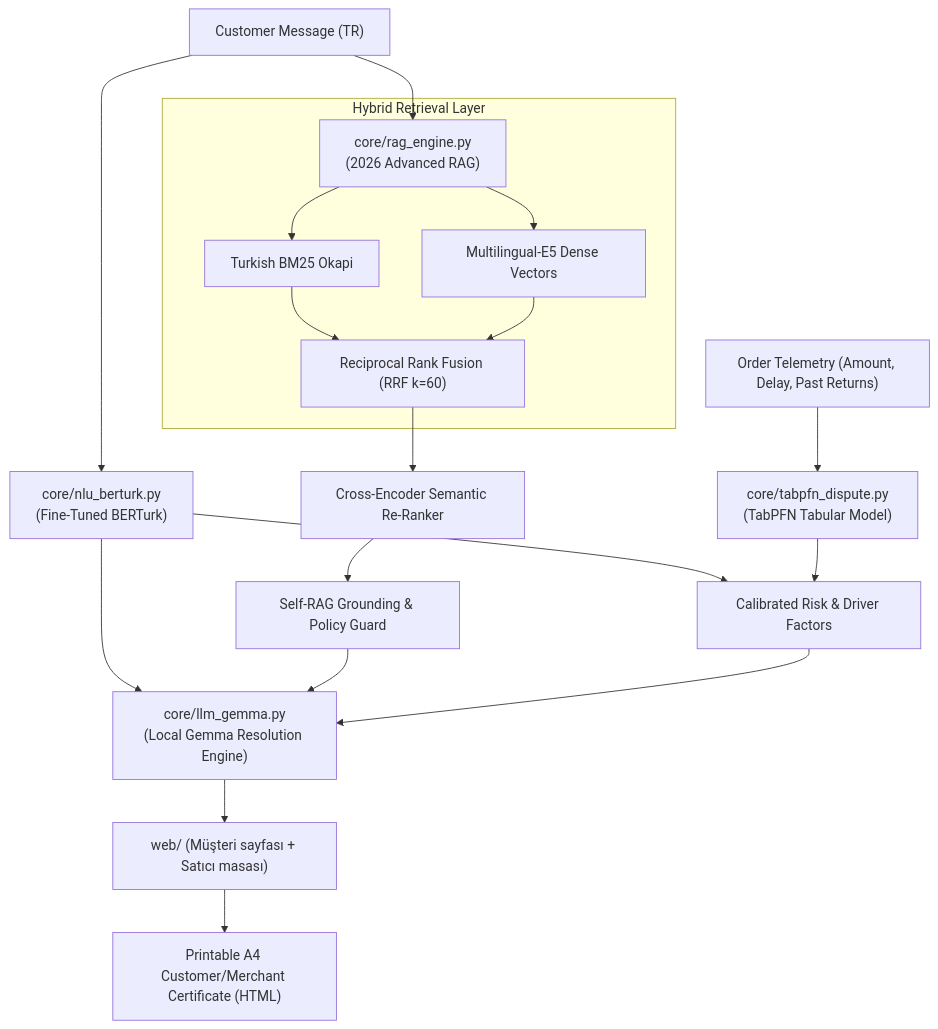
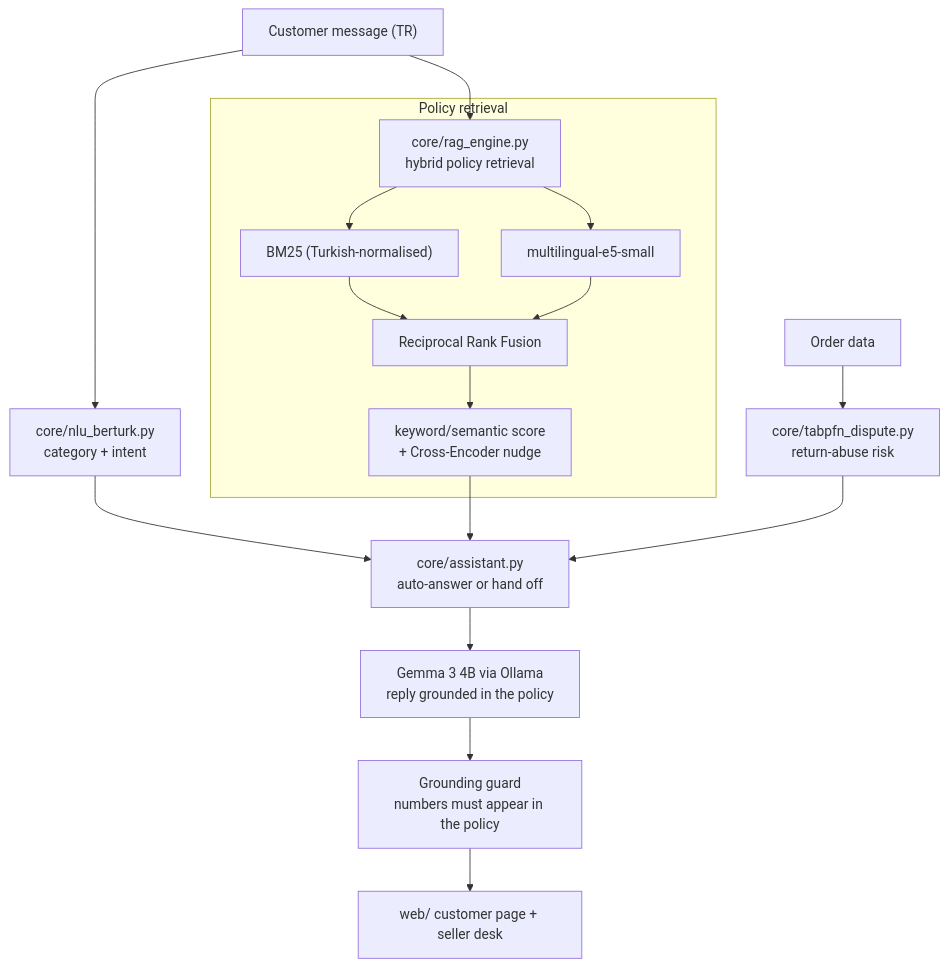
The diagram in README.md (hacktob3v-devs/disk-doctor), drawn with Mermaid before and after one commit. The commit also changed other lines of this file, not shown here.

Commit message:
docs: update README with verified benchmark results (95% acc, 95.2% RAG, ~2s e2e)

````diff
--- a/README.md
+++ b/README.md
@@ -44,21 +49,19 @@
 ```mermaid
 graph TD
-    A["Customer Message (TR)"] --> B["core/nlu_berturk.py<br/>(Fine-Tuned BERTurk)"]
-    A --> C["core/rag_engine.py<br/>(2026 Advanced RAG)"]
-    
-    subgraph "Hybrid Retrieval Layer"
-        C --> D["Turkish BM25 Okapi"]
-        C --> E["Multilingual-E5 Dense Vectors"]
-        D & E --> F["Reciprocal Rank Fusion (RRF k=60)"]
+    A["Customer message (TR)"] --> B["core/nlu_berturk.py<br/>category + intent"]
+    A --> C["core/rag_engine.py<br/>hybrid policy retrieval"]
+
+    subgraph "Policy retrieval"
+        C --> D["BM25 (Turkish-normalised)"]
+        C --> E["multilingual-e5-small"]
+        D & E --> F["Reciprocal Rank Fusion"]
+        F --> G["keyword/semantic score<br/>+ Cross-Encoder nudge"]
     end
-    
-    F --> G["Cross-Encoder Semantic Re-Ranker"]
-    G --> H["Self-RAG Grounding & Policy Guard"]
-    
-    I["Order Telemetry (Amount, Delay, Past Returns)"] --> J["core/tabpfn_dispute.py<br/>(TabPFN Tabular Model)"]
-    B & J --> K["Calibrated Risk & Driver Factors"]
-    
-    B & H & K --> L["core/llm_gemma.py<br/>(Local Gemma Resolution Engine)"]
-    L --> M["web/ (Müşteri sayfası + Satıcı masası)"]
-    M --> N["Printable A4 Customer/Merchant Certificate (HTML)"]
+
+    O["Order data"] --> J["core/tabpfn_dispute.py<br/>return-abuse risk"]
+
+    B & G & J --> K["core/assistant.py<br/>auto-answer or hand off"]
+    K --> L["Gemma 3 4B via Ollama<br/>reply grounded in the policy"]
+    L --> V["Grounding guard<br/>numbers must appear in the policy"]
+    V --> W["web/ customer page + seller desk"]
 ```
````
